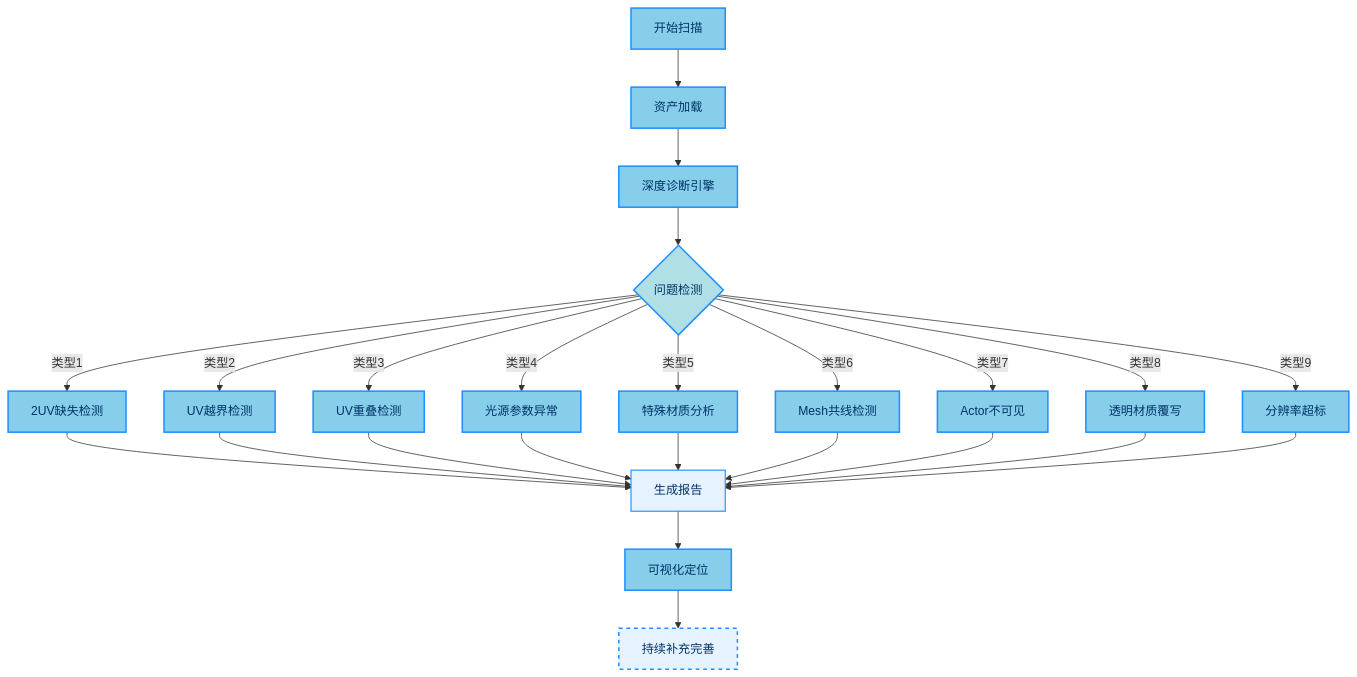
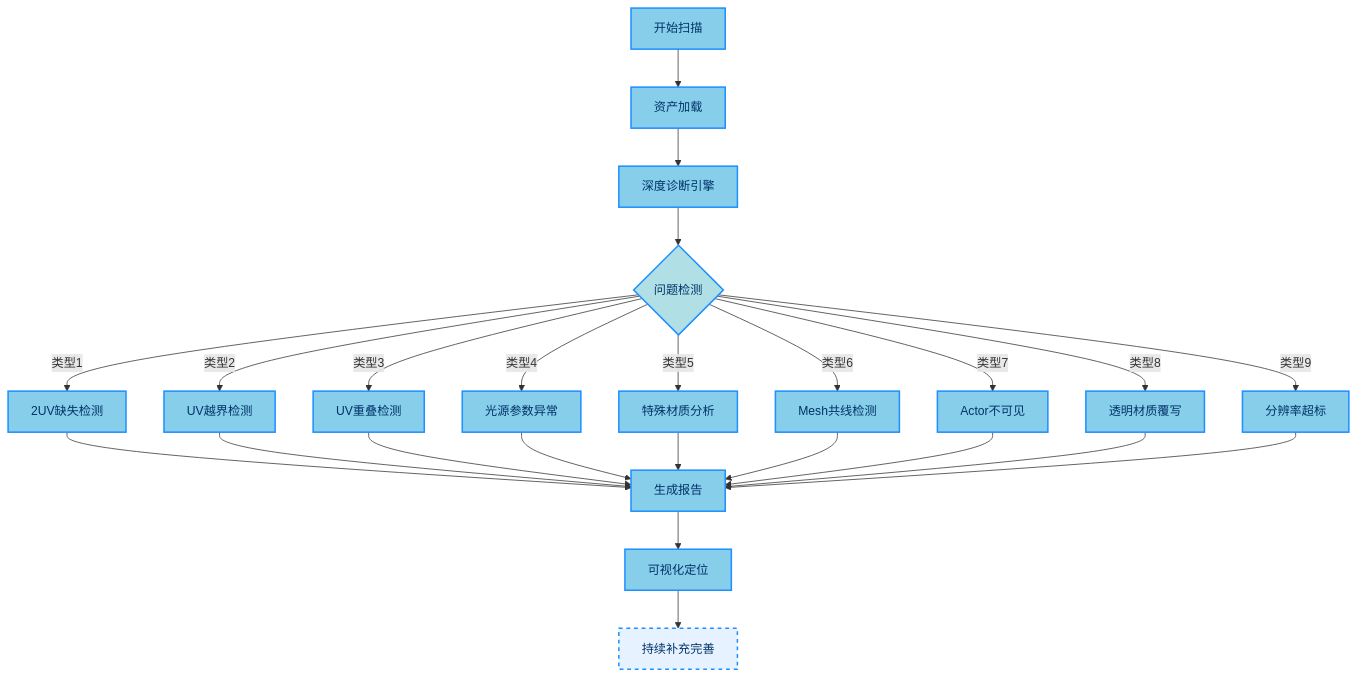
The diagram in all/未命名-2.md (archieluan/iodraw-files), drawn with Mermaid before and after one commit.

Commit message:
2025-06-07 12:28:38 update

````diff
--- a/all/未命名-2.md
+++ b/all/未命名-2.md
@@ -1,39 +1,36 @@
 ```mermaid
 graph TD
   A[开始扫描]:::blueNode --> B[资产加载]
   B --> C[深度诊断引擎]
   C --> D{问题检测}:::diamond
   D -->|类型1| E[2UV缺失检测]
   D -->|类型2| F[UV越界检测]
   D -->|类型3| G[UV重叠检测]
   D -->|类型4| H[光源参数异常]
   D -->|类型5| I[特殊材质分析]
   D -->|类型6| J[Mesh共线检测]
   D -->|类型7| K[Actor不可见]
   D -->|类型8| L[透明材质覆写]
   D -->|类型9| M[分辨率超标]
   E --> N[生成报告]:::report
   F --> N
   G --> N
   H --> N
   I --> N
   J --> N
   K --> N
   L --> N
   M --> N
   N --> O[可视化定位]:::action
   O --> P[持续补充完善]:::special
   style P stroke:#1E90FF,stroke-width:2px,stroke-dasharray:5 5,fill:#E6F2FF
 
   classDef blueNode fill:#87CEEB,stroke:#1E90FF,stroke-width:2px,color:#003366
   classDef diamond fill:#B0E0E6,stroke:#1E90FF,stroke-width:2px,color:#003366
   classDef report fill:#E6F2FF,stroke:#1E90FF,stroke-width:1.5px,color:#003366
   classDef action fill:#87CEEB,stroke:#1E90FF,stroke-width:2px,color:#003366
   classDef special fill:#F0F8FF,stroke:#1E90FF,stroke-width:2px,color:#003366
   
   class A,B,C,E,F,G,H,I,J,K,L,M,N,O blueNode;
-  class D diamond;
-  class N report;
-  class O action;
-  class P special;
+
 ```
````
